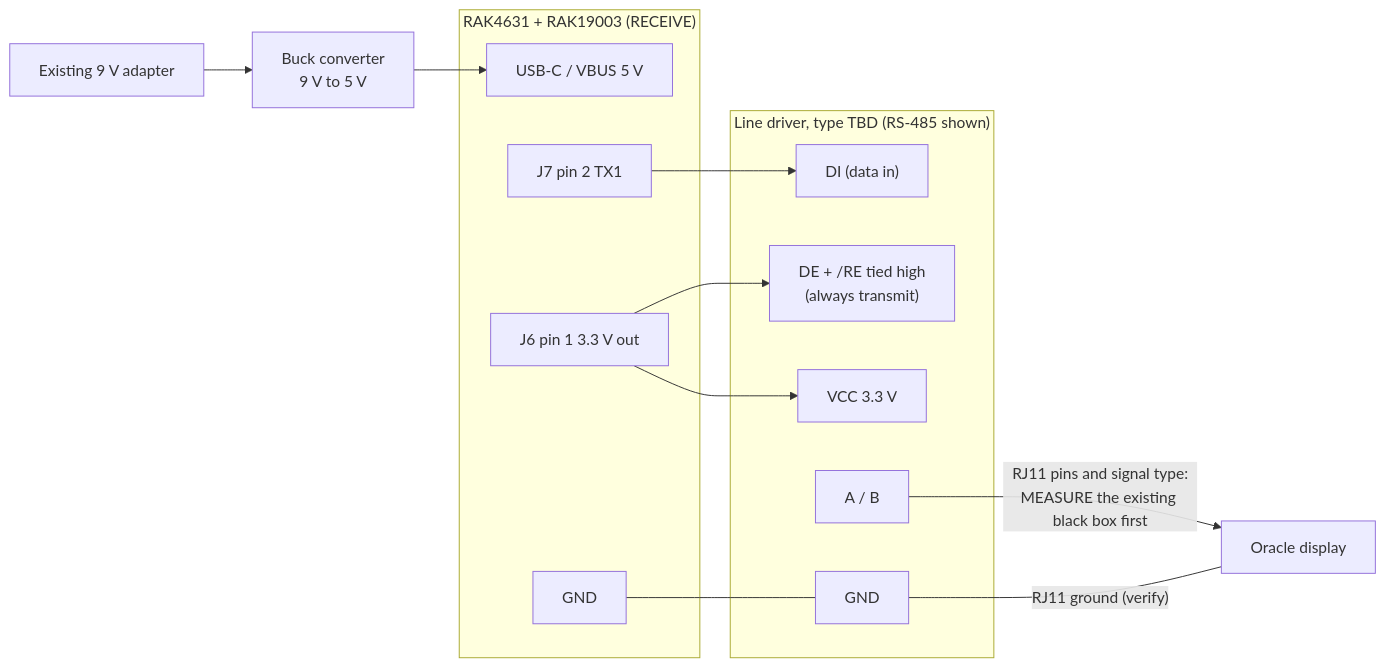
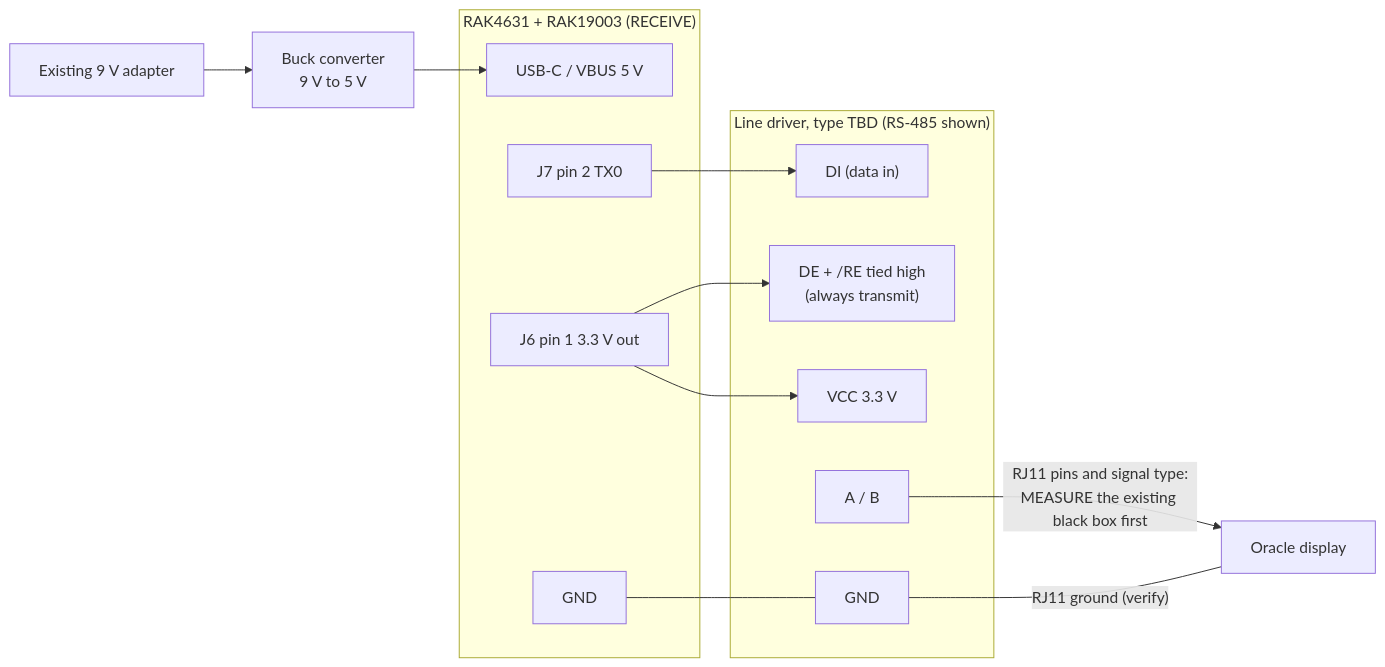
Before and after one commit to cvopicka/Rainwise-Wireless-Info: the third of 4 diagrams in docs/hardware.md, drawn with Mermaid. The commit also changed other lines of this file and 6 other files, not shown here.

````diff
--- a/docs/hardware.md
+++ b/docs/hardware.md
@@ -260,24 +260,24 @@
 ```mermaid
 flowchart LR
   ADP["Existing 9 V adapter"] --> BUCK["Buck converter<br/>9 V to 5 V"]
   subgraph RAK["RAK4631 + RAK19003 (RECEIVE)"]
     VBUS["USB-C / VBUS 5 V"]
-    TX1["J7 pin 2 TX1"]
+    TX0["J7 pin 2 TX0"]
     V33["J6 pin 1 3.3 V out"]
     G["GND"]
   end
   BUCK --> VBUS
   subgraph M485["Line driver, type TBD (RS-485 shown)"]
     DI["DI (data in)"]
     DERE["DE + /RE tied high<br/>(always transmit)"]
     VCC["VCC 3.3 V"]
     MG["GND"]
     AB["A / B"]
   end
-  TX1 --> DI
+  TX0 --> DI
   V33 --> VCC
   V33 --> DERE
   G --- MG
   AB -- "RJ11 pins and signal type:<br/>MEASURE the existing black box first" --> ORACLE["Oracle display"]
   MG -- "RJ11 ground (verify)" --- ORACLE
 ```
````
